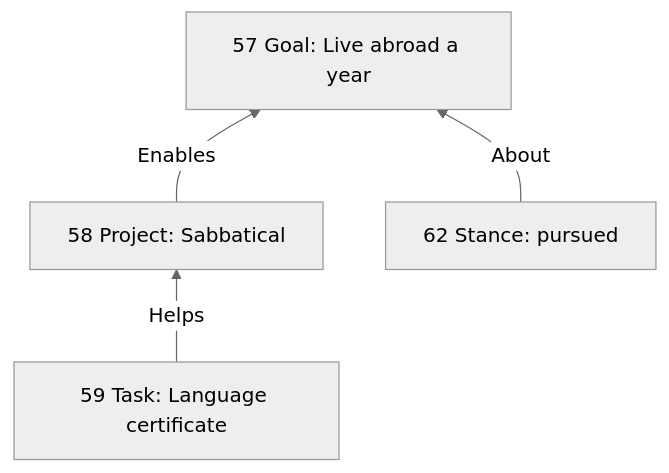
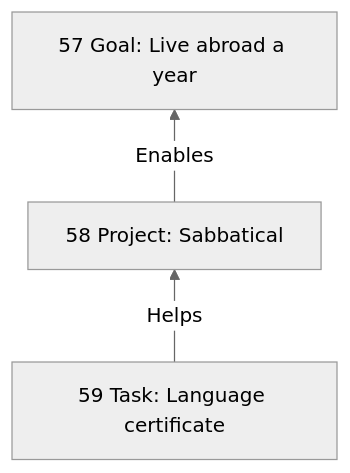
Before and after one commit to RezaOnGithub/lifecore: the eighth of 13 diagrams in docs/PLANNING-EXPLAINER.md, drawn with Mermaid (neutral theme). The commit also changed other lines of this file and 3 other files, not shown here.

````diff
--- a/docs/PLANNING-EXPLAINER.md
+++ b/docs/PLANNING-EXPLAINER.md
@@ -826,6 +888,5 @@
 ```mermaid
 flowchart BT
     Q["59 Task: Language certificate"] -- Helps --> P["58 Project: Sabbatical"]
     P -- Enables --> G["57 Goal: Live abroad a year"]
-    S["62 Stance: pursued"] -- About --> G
 ```
````
